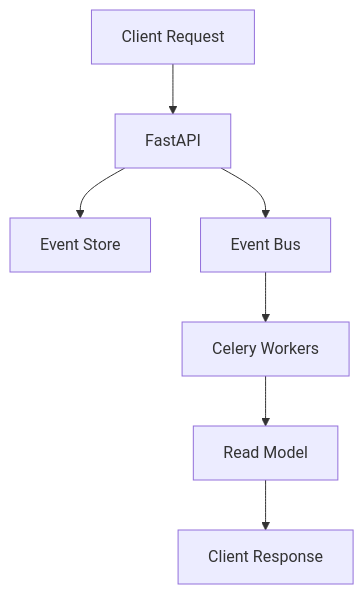
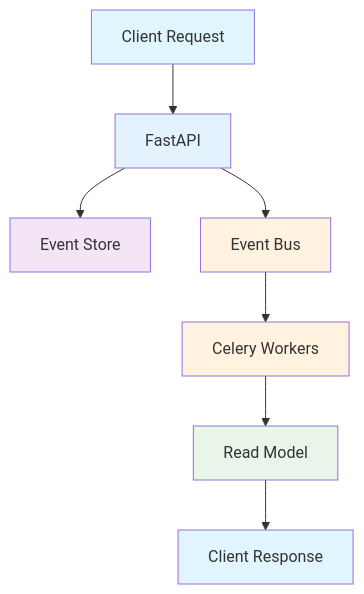
One commit to anmarkoulis/event-sourcing changed the diagram in diagrams/source/architecture.mmd. Above: the diagram before and after it, drawn with Mermaid. The commit also changed 22 other files, not shown here.

```diff
--- a/diagrams/source/architecture.mmd
+++ b/diagrams/source/architecture.mmd
@@ -1,7 +1,15 @@
 graph TD
     A[Client Request] --> B[FastAPI]
     B --> C[Event Store]
     B --> D[Event Bus]
     D --> E[Celery Workers]
     E --> F[Read Model]
     F --> G[Client Response]
+
+    style A fill:#e1f5fe
+    style B fill:#e3f2fd
+    style C fill:#f3e5f5
+    style D fill:#fff3e0
+    style E fill:#fff3e0
+    style F fill:#e8f5e8
+    style G fill:#e1f5fe
```
